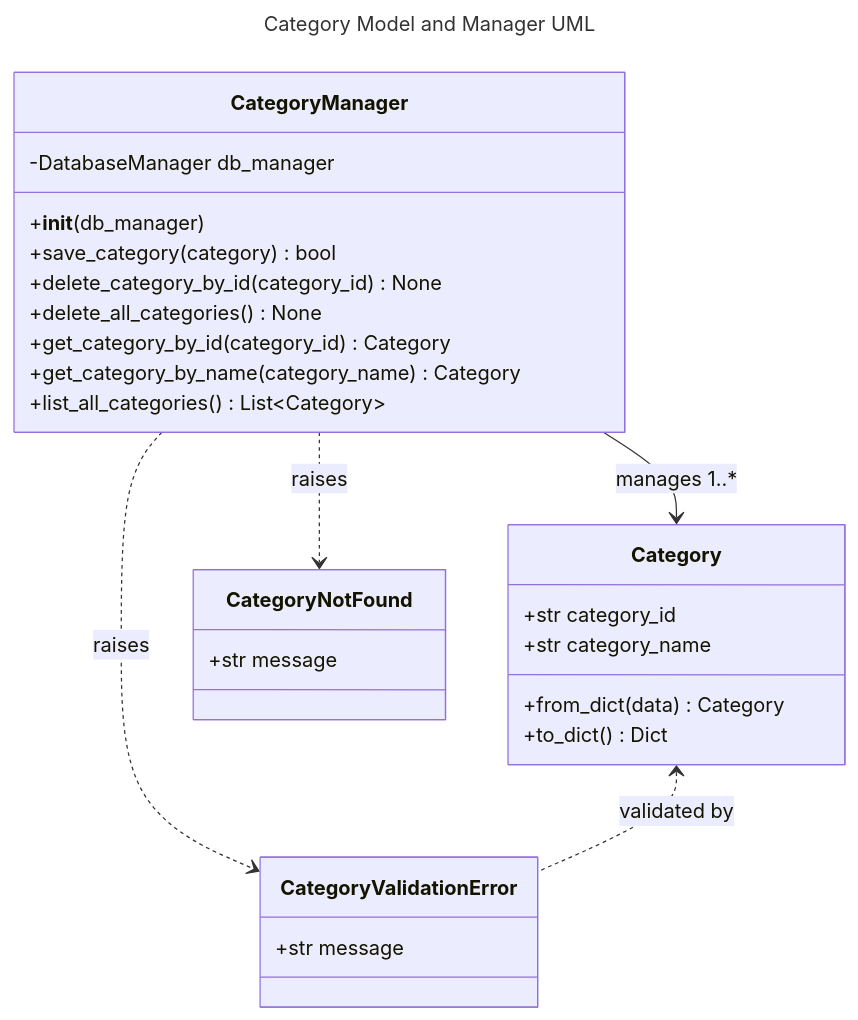
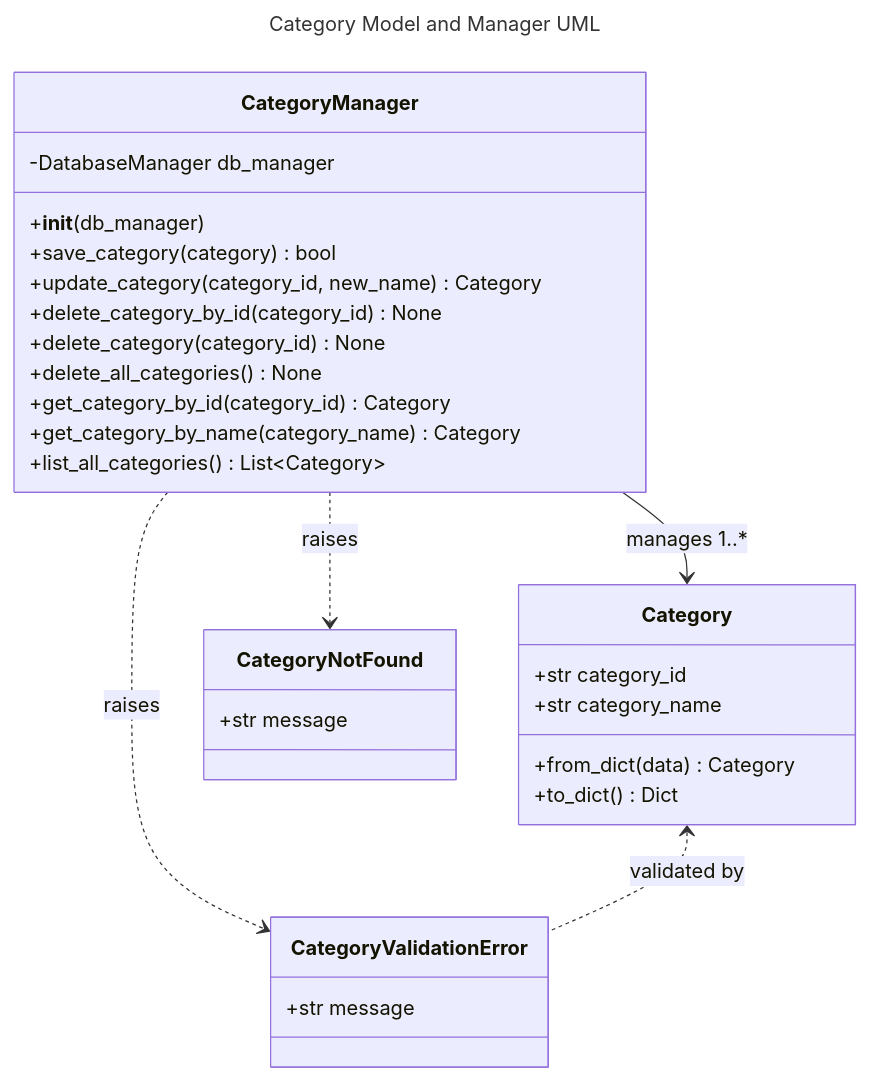
The diagram in Prompts/Category.md (SeanAdams10/AITypingTrainer), drawn with Mermaid before and after one commit. The commit also changed other lines of this file and 9 other files, not shown here.

````diff
--- a/Prompts/Category.md
+++ b/Prompts/Category.md
@@ -78,33 +80,35 @@
 ```mermaid
 ---
 title: Category Model and Manager UML
 ---
 classDiagram
     class Category {
         +str category_id
         +str category_name
         +from_dict(data) Category
         +to_dict() Dict
     }
     class CategoryManager {
         -DatabaseManager db_manager
         +__init__(db_manager)
         +save_category(category) bool
+        +update_category(category_id, new_name) Category
         +delete_category_by_id(category_id) None
+        +delete_category(category_id) None
         +delete_all_categories() None
         +get_category_by_id(category_id) Category
         +get_category_by_name(category_name) Category
         +list_all_categories() List~Category~
     }
     class CategoryValidationError {
         +str message
     }
     class CategoryNotFound {
         +str message
     }
     CategoryManager --> Category : manages 1..*
     CategoryManager ..> CategoryValidationError : raises
     CategoryManager ..> CategoryNotFound : raises
     Category <.. CategoryValidationError : validated by
     %% Test classes are not included in the main diagram, but test coverage is implied.
 ```
````
